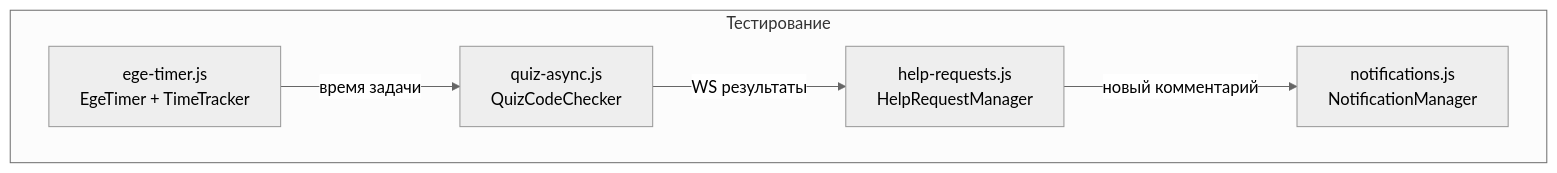
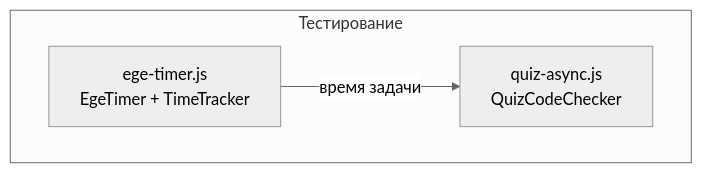
One commit to Kirill2517nv/SiteAboutMe changed the diagram in docs/frontend/overview.md. Above: the diagram before and after it, drawn with Mermaid (neutral theme). The commit also changed other lines of this file and 103 other files, not shown here.

````diff
--- a/docs/frontend/overview.md
+++ b/docs/frontend/overview.md
@@ -37,13 +35,9 @@
 ```mermaid
 graph TB
     subgraph "Тестирование"
         QA[quiz-async.js\nQuizCodeChecker]
-        HR[help-requests.js\nHelpRequestManager]
-        NT[notifications.js\nNotificationManager]
         ET[ege-timer.js\nEgeTimer + TimeTracker]
     end
 
-    QA -->|"WS результаты"| HR
-    HR -->|"новый комментарий"| NT
     ET -->|"время задачи"| QA
 ```
````
